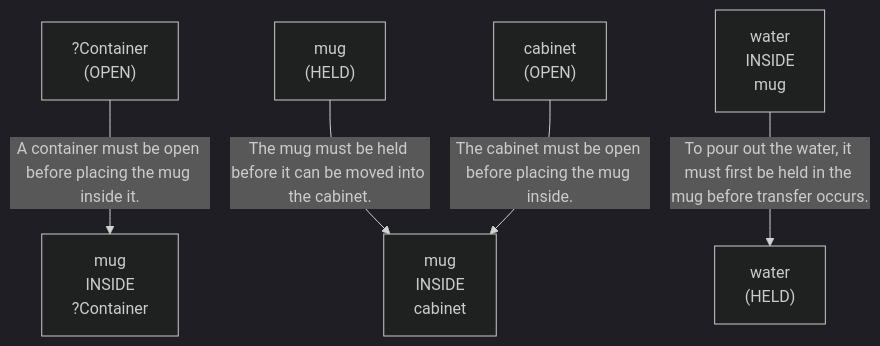
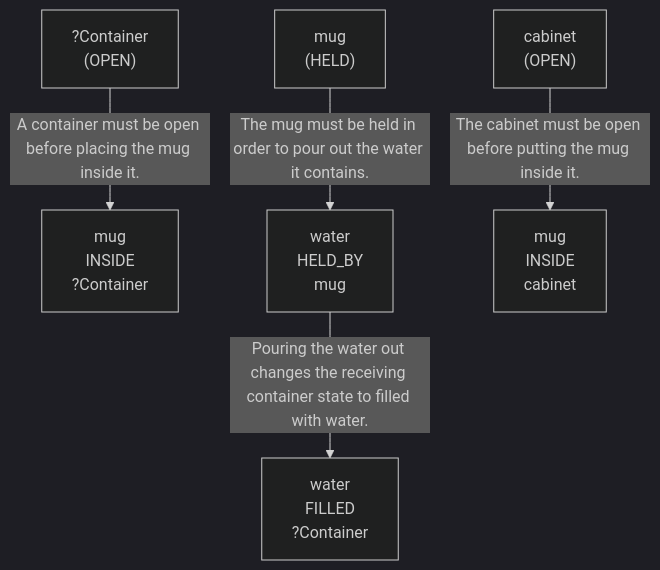
One commit to scuama/virtualhome changed the first of 3 diagrams in evaluation/results/table1/robostate/instruction_type/sentence_wise/G1_05/run_T1_INST_G1_05_sentence_wise.md. Above: the diagram before and after it, drawn with Mermaid (dark theme). The commit also changed other lines of this file and 96 other files, not shown here.

````diff
--- a/evaluation/results/table1/robostate/instruction_type/sentence_wise/G1_05/run_T1_INST_G1_05_sentence_wise.md
+++ b/evaluation/results/table1/robostate/instruction_type/sentence_wise/G1_05/run_T1_INST_G1_05_sentence_wise.md
@@ -72,14 +72,14 @@
 ```mermaid
 graph TD
     N1["mug<br>INSIDE<br>?Container"]
     N2["?Container<br>(OPEN)"]
     N3["mug<br>(HELD)"]
-    N4["water<br>(HELD)"]
-    N5["water<br>INSIDE<br>mug"]
+    N4["water<br>HELD_BY<br>mug"]
+    N5["water<br>FILLED<br>?Container"]
     N6["mug<br>INSIDE<br>cabinet"]
     N7["cabinet<br>(OPEN)"]
     N2 -->|"A container must be open before placing the mug inside it."| N1
-    N3 -->|"The mug must be held before it can be moved into the cabinet."| N6
-    N7 -->|"The cabinet must be open before placing the mug inside."| N6
-    N5 -->|"To pour out the water, it must first be held in the mug before transfer occurs."| N4
+    N3 -->|"The mug must be held in order to pour out the water it contains."| N4
+    N4 -->|"Pouring the water out changes the receiving container state to filled with water."| N5
+    N7 -->|"The cabinet must be open before putting the mug inside it."| N6
 ```
````
